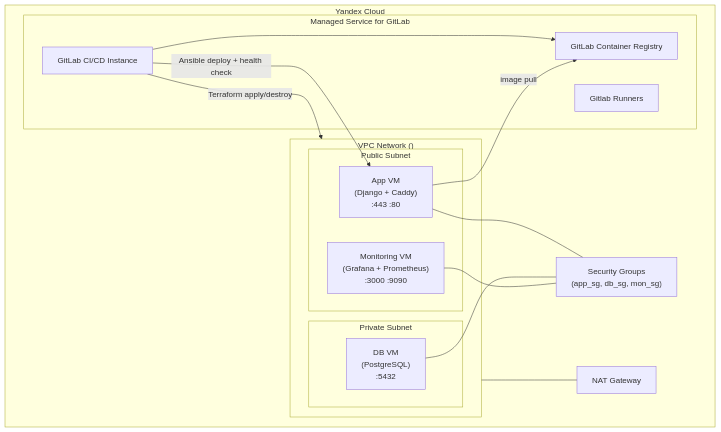
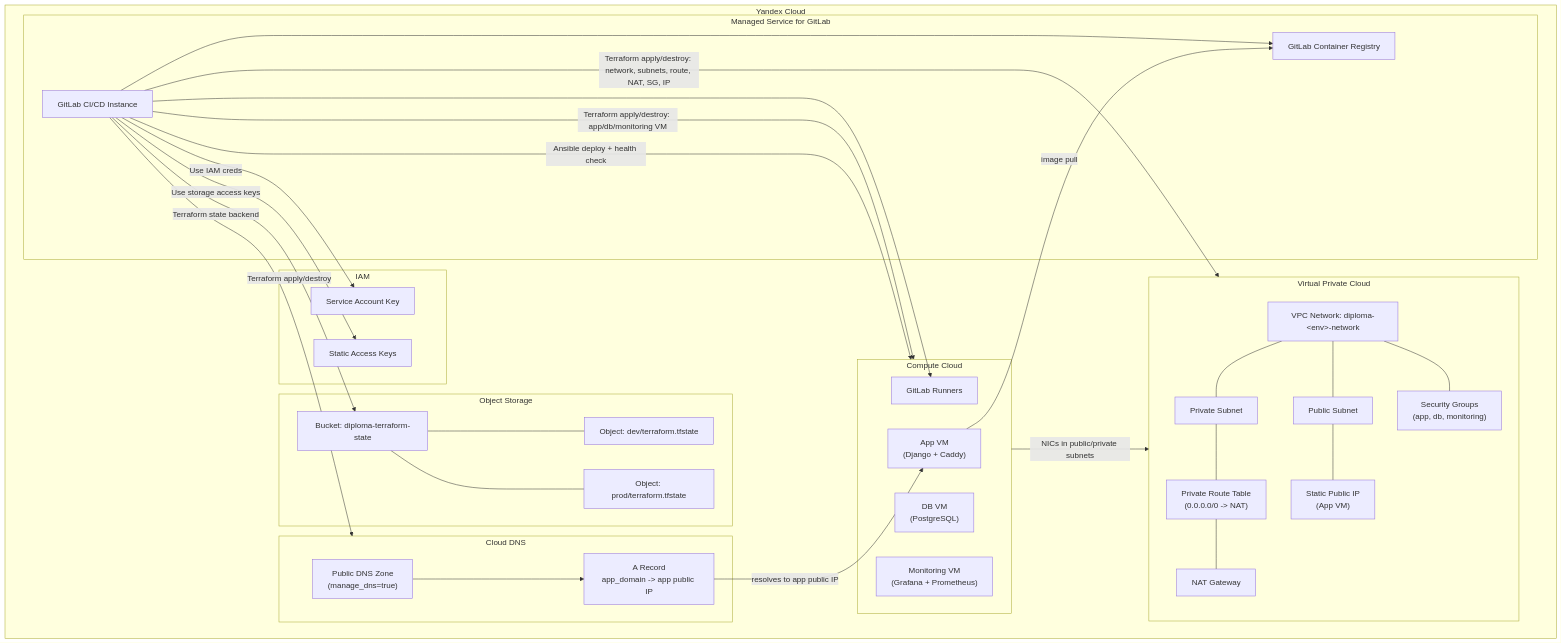
The first of 2 diagrams in README.md (AlexeyKuzko/devops_diploma), drawn with Mermaid before and after one commit. The commit also changed other lines of this file, not shown here.

````diff
--- a/README.md
+++ b/README.md
@@ -73,39 +73,66 @@
 ```mermaid
 flowchart TB
 subgraph YC["Yandex Cloud"]
-subgraph GITLAB["Managed Service for GitLab"]
-G1["GitLab CI/CD Instance"]
-G2["GitLab Container Registry"]
-G3["Gitlab Runners"]
-G1 --> G2
+  subgraph GITLAB["Managed Service for GitLab"]
+    G1["GitLab CI/CD Instance"]
+    G2["GitLab Container Registry"]
+    G1 --> G2
+  end
+
+  subgraph IAM["IAM"]
+    I1["Service Account Key"]
+    I2["Static Access Keys"]
+  end
+
+  subgraph OBJ["Object Storage"]
+    O1["Bucket: diploma-terraform-state"]
+    O2["Object: dev/terraform.tfstate"]
+    O3["Object: prod/terraform.tfstate"]
+    O1 --- O2
+    O1 --- O3
+  end
+
+  subgraph VPC["Virtual Private Cloud"]
+    V1["VPC Network: diploma-&lt;env&gt;-network"]
+    V2["Public Subnet"]
+    V3["Private Subnet"]
+    V4["NAT Gateway"]
+    V5["Private Route Table<br/>(0.0.0.0/0 -&gt; NAT)"]
+    V6["Static Public IP<br/>(App VM)"]
+    V7["Security Groups<br/>(app, db, monitoring)"]
+
+    V1 --- V2
+    V1 --- V3
+    V3 --- V5
+    V5 --- V4
+    V2 --- V6
+    V1 --- V7
+  end
+
+  subgraph CC["Compute Cloud"]
+    C1["App VM<br/>(Django + Caddy)"]
+    C2["DB VM<br/>(PostgreSQL)"]
+    C3["Monitoring VM<br/>(Grafana + Prometheus)"]
+    С4["GitLab Runners"]
+  end
+
+  subgraph DNS["Cloud DNS"]
+    D1["Public DNS Zone<br/>(manage_dns=true)"]
+    D2["A Record<br/>app_domain -&gt; app public IP"]
+    D1 --> D2
+  end
 end
 
-subgraph VPC["VPC Network (<env>)"]
+G1 -->|Terraform apply/destroy: network, subnets, route, NAT, SG, IP| VPC
+G1 -->|Terraform apply/destroy: app/db/monitoring VM| CC
+G1 -->|Terraform apply/destroy| DNS
+G1 -->|Terraform state backend| O1
+G1 -->|Use IAM creds| I1
+G1 -->|Use storage access keys| I2
+G1 -->|Ansible deploy + health check| CC
+G1 --> С4
 
-subgraph PUBLIC["Public Subnet"]
-APP["App VM<br/>(Django + Caddy)<br/>:443 :80"]
-MON["Monitoring VM<br/>(Grafana + Prometheus)<br/>:3000 :9090"]
-end
-
-subgraph PRIVATE["Private Subnet"]
-DB["DB VM<br/>(PostgreSQL)<br/>:5432"]
-end
-
-end
-
-SG["Security Groups<br/>(app_sg, db_sg, mon_sg)"]
-
-APP --- SG
-DB --- SG
-MON --- SG
-
-NAT["NAT Gateway"]
-
-VPC --- NAT
-
-G1 -->|Terraform apply/destroy| VPC
-G1 -->|Ansible deploy + health check| APP
-APP -->|image pull| G2
-
-end
+C1 -->|image pull| G2
+CC -->|NICs in public/private subnets| VPC
+D2 -->|resolves to app public IP| C1
 ```
````
